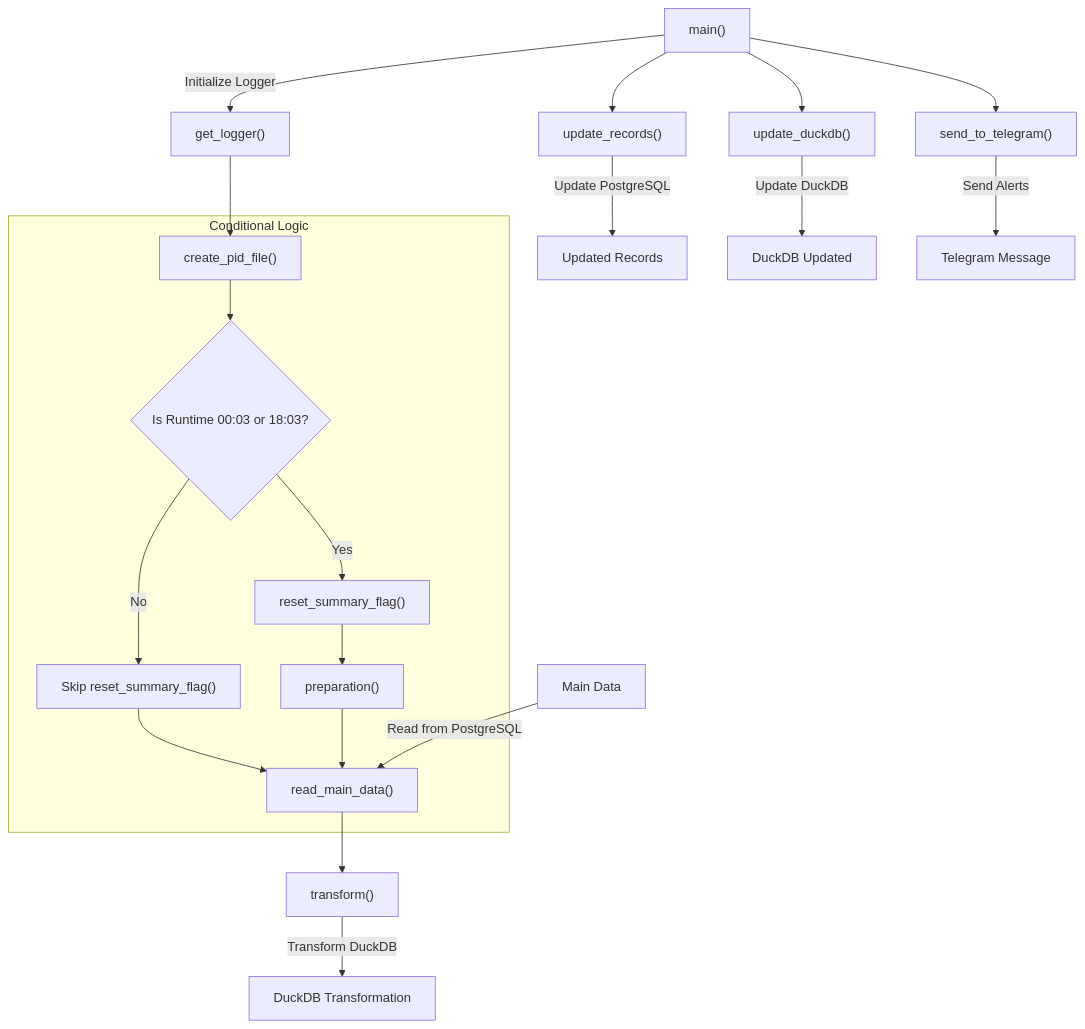
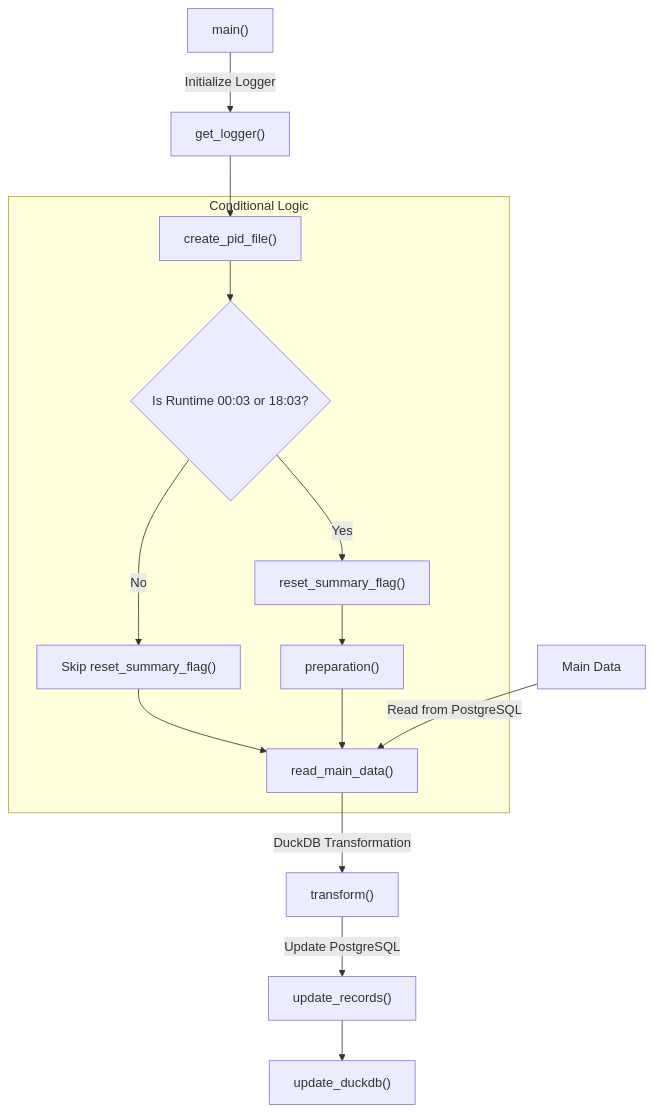
Before and after one commit to maulanaady/psn: the second of 2 diagrams in UDR/calculation_readme.md, drawn with Mermaid.

Commit message:
update readme file

````diff
--- a/UDR/calculation_readme.md
+++ b/UDR/calculation_readme.md
@@ -75,26 +75,20 @@
 ```mermaid
 graph TD;
     A[main#40;#41;] --> |Initialize Logger| B[get_logger#40;#41;];
     B --> D[create_pid_file#40;#41;];
 
     
     subgraph Conditional Logic
         D --> G{Is Runtime 00:03 or 18:03?}
         G -- Yes --> H[reset_summary_flag#40;#41;];
         G -- No --> I[Skip reset_summary_flag#40;#41;] --> F[read_main_data#40;#41;];
         H --> J[preparation#40;#41;] --> F[read_main_data#40;#41;];
     end
 
     P[Main Data] --> |Read from PostgreSQL| F;
-    F --> K[transform#40;#41;];
-    A --> L[update_records#40;#41;];
-    A --> M[update_duckdb#40;#41;];
-    A --> N[send_to_telegram#40;#41;];
+    F --> |DuckDB Transformation| K[transform#40;#41;];
+    K --> |Update PostgreSQL| L[update_records#40;#41;];
+    L --> M[update_duckdb#40;#41;];
 
-   
-    K --> |Transform DuckDB| Q[DuckDB Transformation];
-    L --> |Update PostgreSQL| R[Updated Records];
-    M --> |Update DuckDB| S[DuckDB Updated];
-    N --> |Send Alerts| T[Telegram Message];
 
 ```
````
